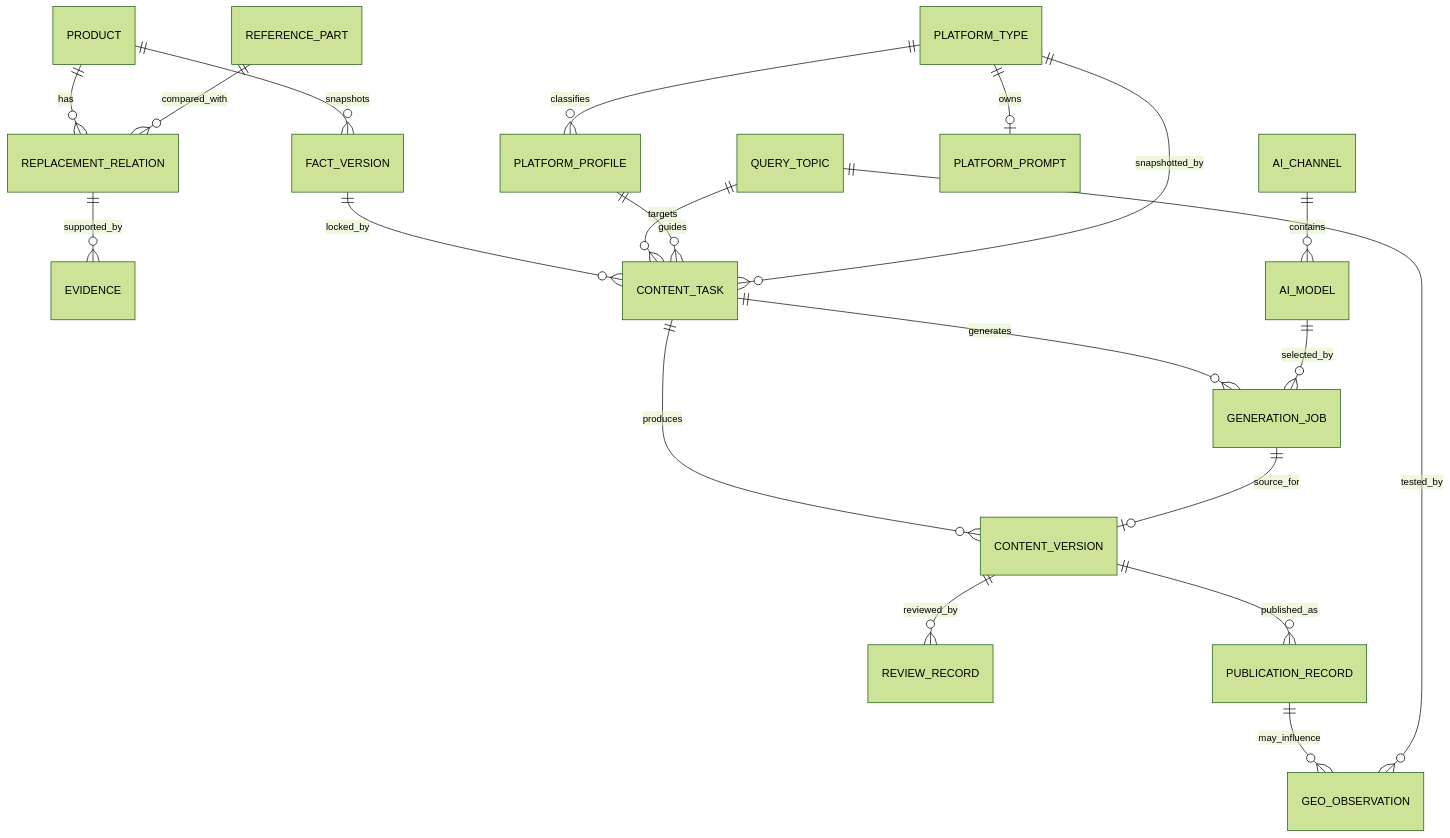
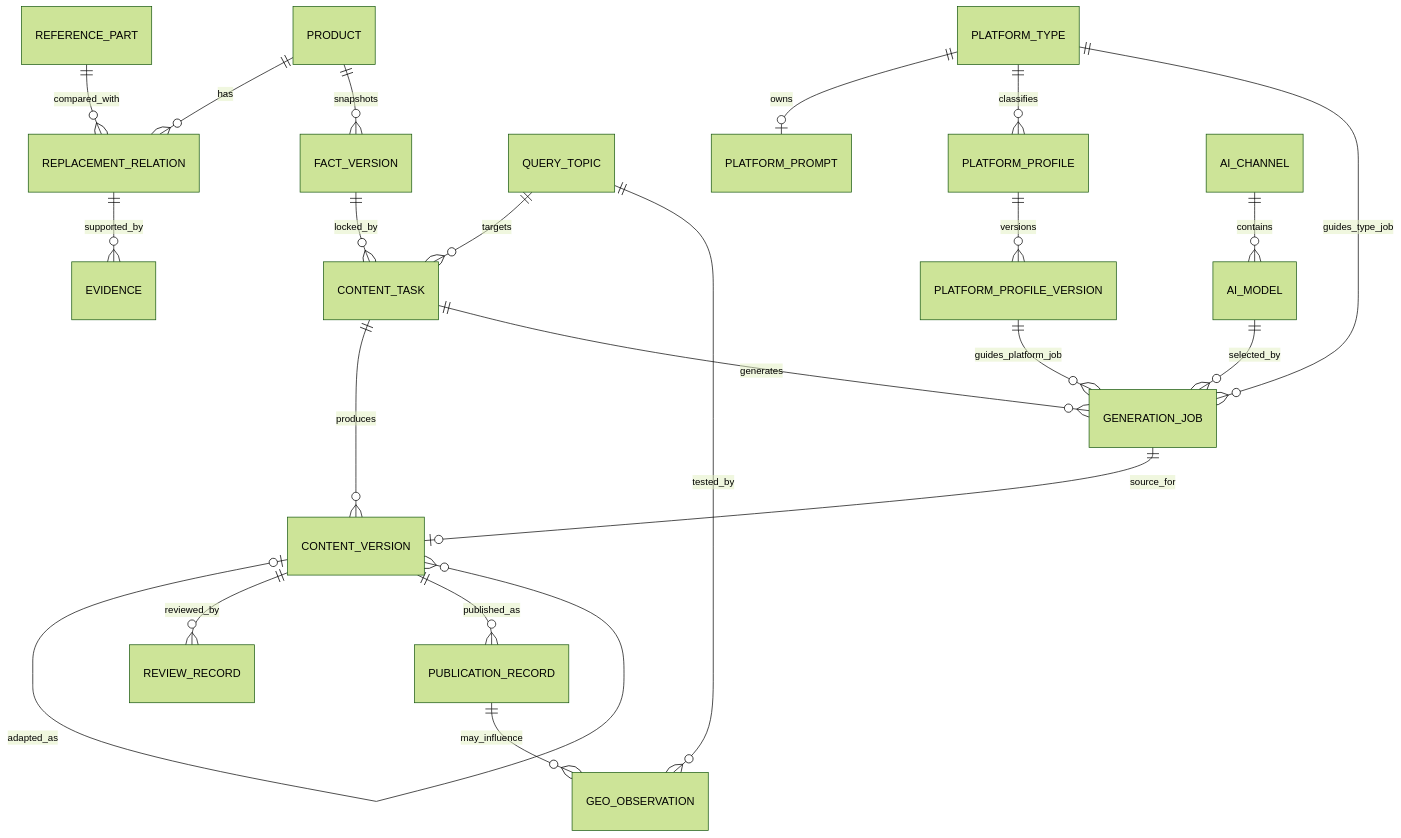
One commit to ccisnoxx/partsignal changed the second of 4 diagrams in docs/GEO多平台内容运营系统方案设计.md. Above: the diagram before and after it, drawn with Mermaid (forest theme). The commit also changed other lines of this file and 241 other files, not shown here.

````diff
--- a/docs/GEO多平台内容运营系统方案设计.md
+++ b/docs/GEO多平台内容运营系统方案设计.md
@@ -238,22 +257,24 @@
 ```mermaid
 erDiagram
     PRODUCT ||--o{ REPLACEMENT_RELATION : has
     REFERENCE_PART ||--o{ REPLACEMENT_RELATION : compared_with
     REPLACEMENT_RELATION ||--o{ EVIDENCE : supported_by
     PRODUCT ||--o{ FACT_VERSION : snapshots
     FACT_VERSION ||--o{ CONTENT_TASK : locked_by
     QUERY_TOPIC ||--o{ CONTENT_TASK : targets
-    PLATFORM_PROFILE ||--o{ CONTENT_TASK : guides
     PLATFORM_TYPE ||--o| PLATFORM_PROMPT : owns
     PLATFORM_TYPE ||--o{ PLATFORM_PROFILE : classifies
-    PLATFORM_TYPE ||--o{ CONTENT_TASK : snapshotted_by
+    PLATFORM_PROFILE ||--o{ PLATFORM_PROFILE_VERSION : versions
+    PLATFORM_TYPE ||--o{ GENERATION_JOB : guides_type_job
+    PLATFORM_PROFILE_VERSION ||--o{ GENERATION_JOB : guides_platform_job
     AI_CHANNEL ||--o{ AI_MODEL : contains
     CONTENT_TASK ||--o{ CONTENT_VERSION : produces
     CONTENT_TASK ||--o{ GENERATION_JOB : generates
     AI_MODEL ||--o{ GENERATION_JOB : selected_by
     GENERATION_JOB ||--o| CONTENT_VERSION : source_for
+    CONTENT_VERSION o|--o{ CONTENT_VERSION : adapted_as
     CONTENT_VERSION ||--o{ REVIEW_RECORD : reviewed_by
     CONTENT_VERSION ||--o{ PUBLICATION_RECORD : published_as
     PUBLICATION_RECORD ||--o{ GEO_OBSERVATION : may_influence
     QUERY_TOPIC ||--o{ GEO_OBSERVATION : tested_by
 ```
````
